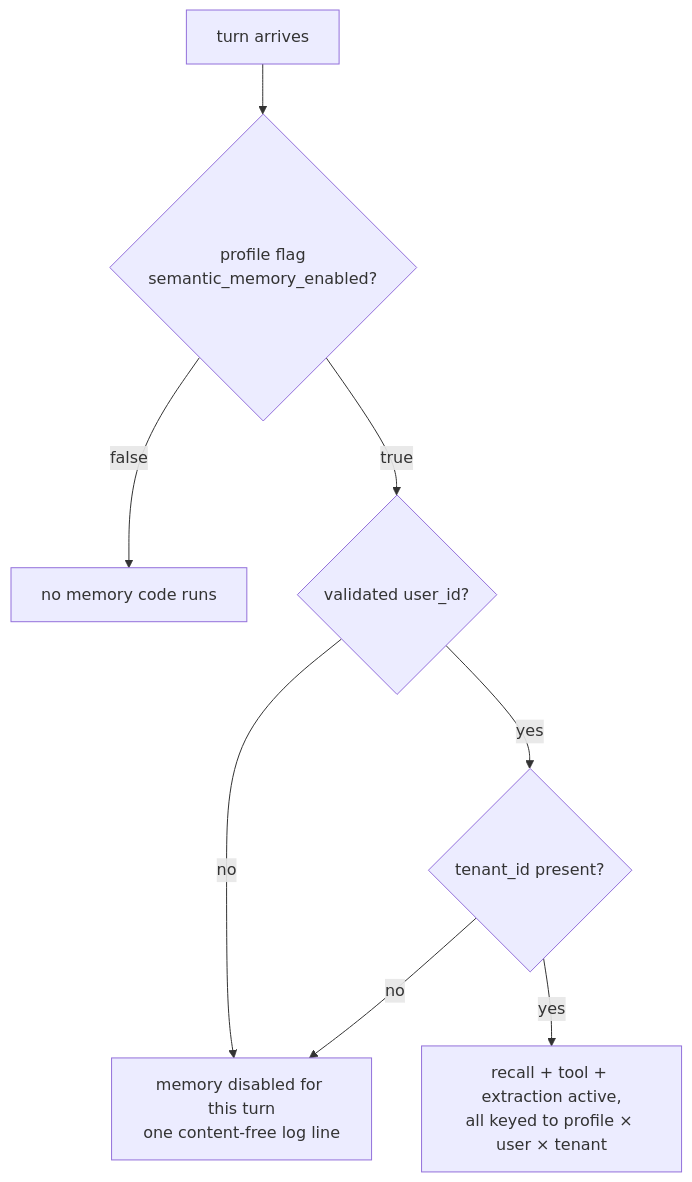
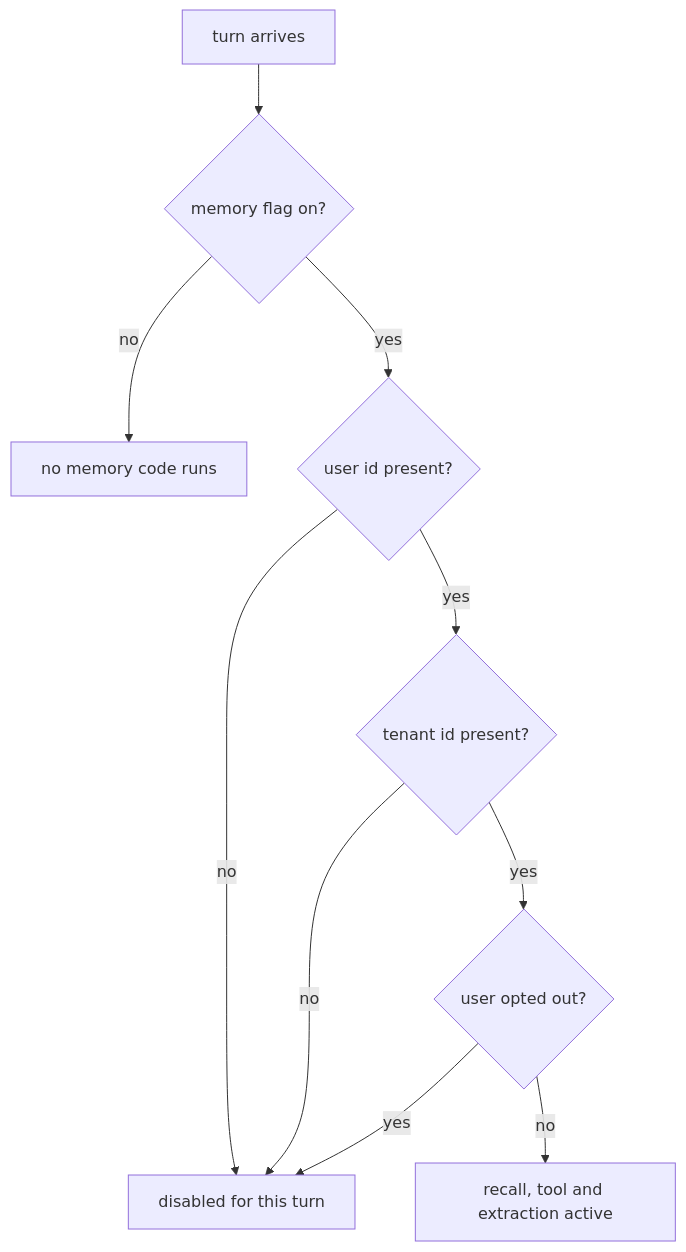
One commit to ap05-epic/agent-memory-prototype changed the ninth of 10 diagrams in docs/agent-memory/ARCHITECTURE.md. Above: the diagram before and after it, drawn with Mermaid. The commit also changed other lines of this file, not shown here.

First line of the commit message:
Fix and simplify the architecture diagrams

````diff
--- a/docs/agent-memory/ARCHITECTURE.md
+++ b/docs/agent-memory/ARCHITECTURE.md
@@ -239,10 +261,12 @@
 ```mermaid
 flowchart TD
-    A["turn arrives"] --> B{"profile flag<br/>semantic_memory_enabled?"}
-    B -- false --> OFF["no memory code runs"]
-    B -- true --> C{"validated user_id?"}
-    C -- no --> GATE["memory disabled for this turn<br/>one content-free log line"]
-    C -- yes --> D{"tenant_id present?"}
-    D -- no --> GATE
-    D -- yes --> ON["recall + tool + extraction active,<br/>all keyed to profile × user × tenant"]
+    A[turn arrives] --> B{memory flag on?}
+    B -->|no| OFF[no memory code runs]
+    B -->|yes| C{user id present?}
+    C -->|no| GATE["disabled for this turn"]
+    C -->|yes| D{tenant id present?}
+    D -->|no| GATE
+    D -->|yes| E{user opted out?}
+    E -->|yes| GATE
+    E -->|no| ON["recall, tool and extraction active"]
 ```
````
